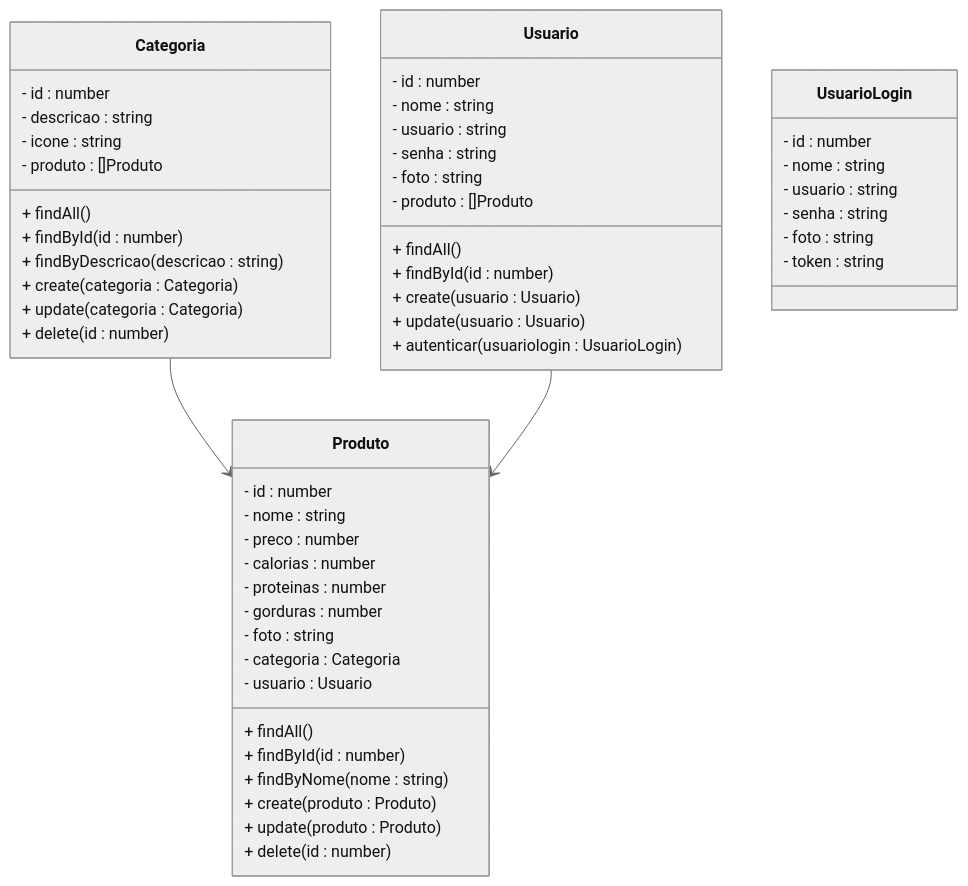
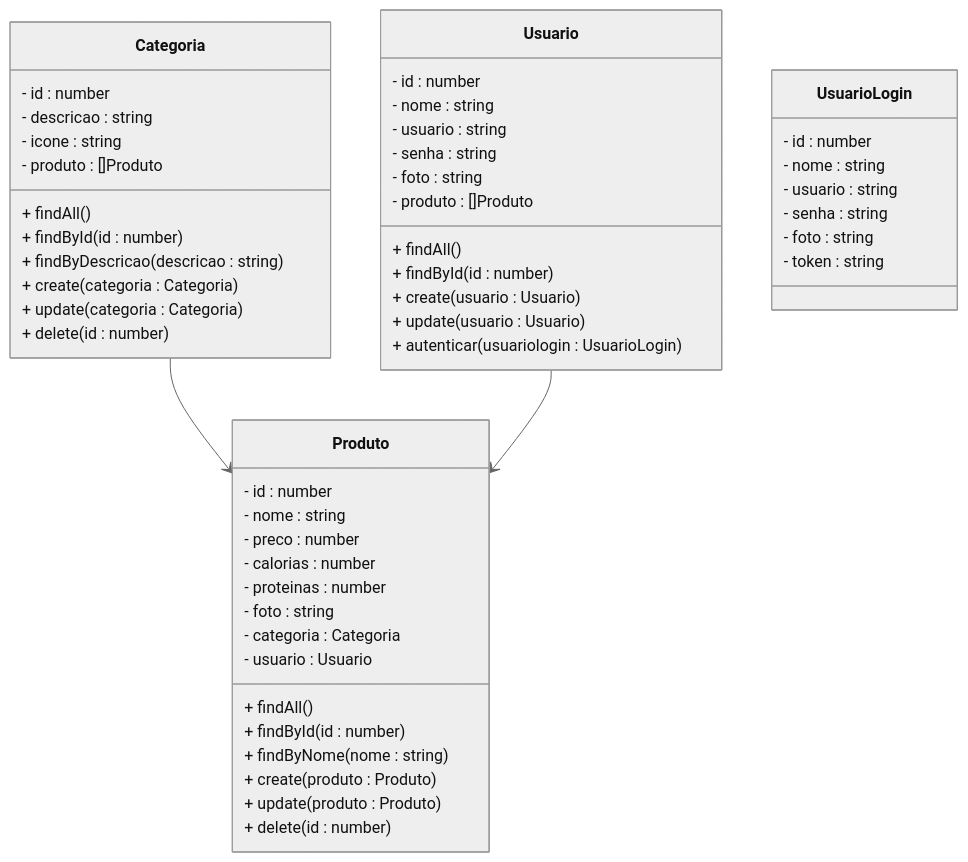
The diagram in README.md (rafaelq80/delivery-nest), drawn with Mermaid (neutral theme) before and after one commit. The commit also changed other lines of this file, not shown here.

````diff
--- a/README.md
+++ b/README.md
@@ -58,55 +58,54 @@
 ```mermaid
 classDiagram
 class Categoria {
   - id : number
   - descricao : string
   - icone : string
   - produto : []Produto
   + findAll()
   + findById(id : number)
   + findByDescricao(descricao : string)
   + create(categoria : Categoria)
   + update(categoria : Categoria)
   + delete(id : number)
 }
 class Produto {
   - id : number
   - nome : string
   - preco : number
   - calorias : number
   - proteinas : number
-  - gorduras : number
   - foto : string
   - categoria : Categoria
   - usuario : Usuario
   + findAll()
   + findById(id : number)
   + findByNome(nome : string)
   + create(produto : Produto)
   + update(produto : Produto)
   + delete(id : number)
 }
 class Usuario {
   - id : number
   - nome : string
   - usuario : string
   - senha : string
   - foto : string
   - produto : []Produto
   + findAll()
   + findById(id : number)
   + create(usuario : Usuario)
   + update(usuario : Usuario)
   + autenticar(usuariologin : UsuarioLogin)
 }
 class UsuarioLogin{
   - id : number
   - nome : string
   - usuario : string
   - senha : string
   - foto : string
   - token : string
 }
 Categoria --> Produto
 Usuario --> Produto
 ```
````
